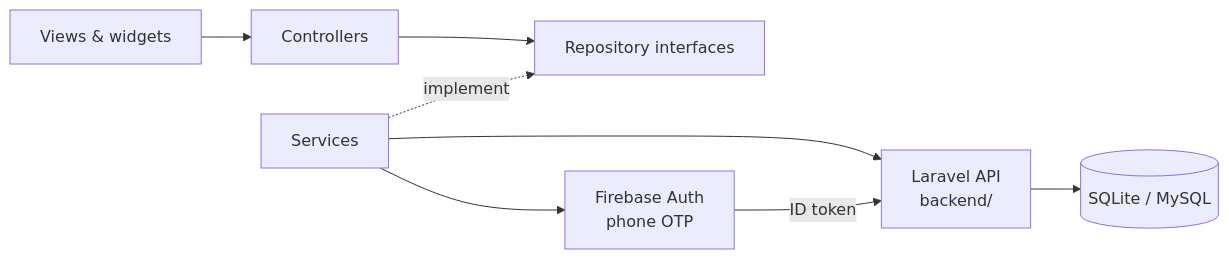
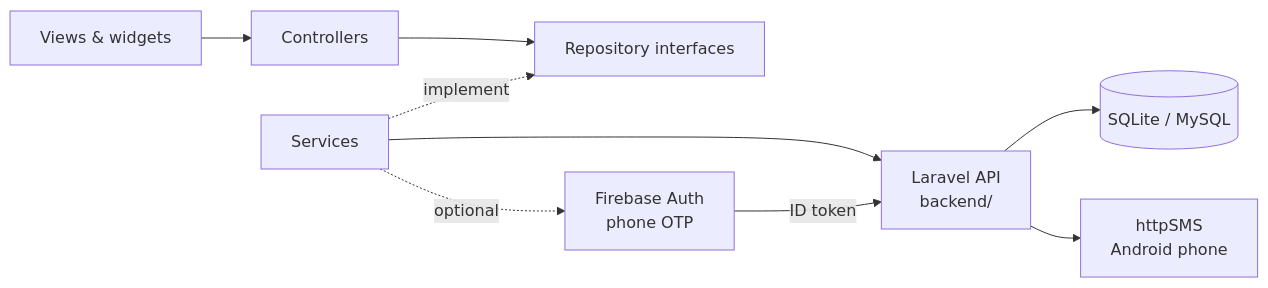
Before and after one commit to ShareLoop-Team/EcoLanka: the diagram in README.md, drawn with Mermaid. The commit also changed other lines of this file and 12 other files, not shown here.

First line of the commit message:
Send sign-in codes from the API via httpSMS

```diff
--- a/README.md
+++ b/README.md
@@ -59,10 +60,11 @@
 ~~~mermaid
 flowchart LR
     V[Views & widgets] --> C[Controllers]
     C --> R[Repository interfaces]
     S[Services] -. implement .-> R
-    S --> FA[Firebase Auth<br/>phone OTP]
     S --> API[Laravel API<br/>backend/]
+    S -. optional .-> FA[Firebase Auth<br/>phone OTP]
     FA -- ID token --> API
     API --> DB[(SQLite / MySQL)]
+    API --> SMS[httpSMS<br/>Android phone]
 ~~~
```
